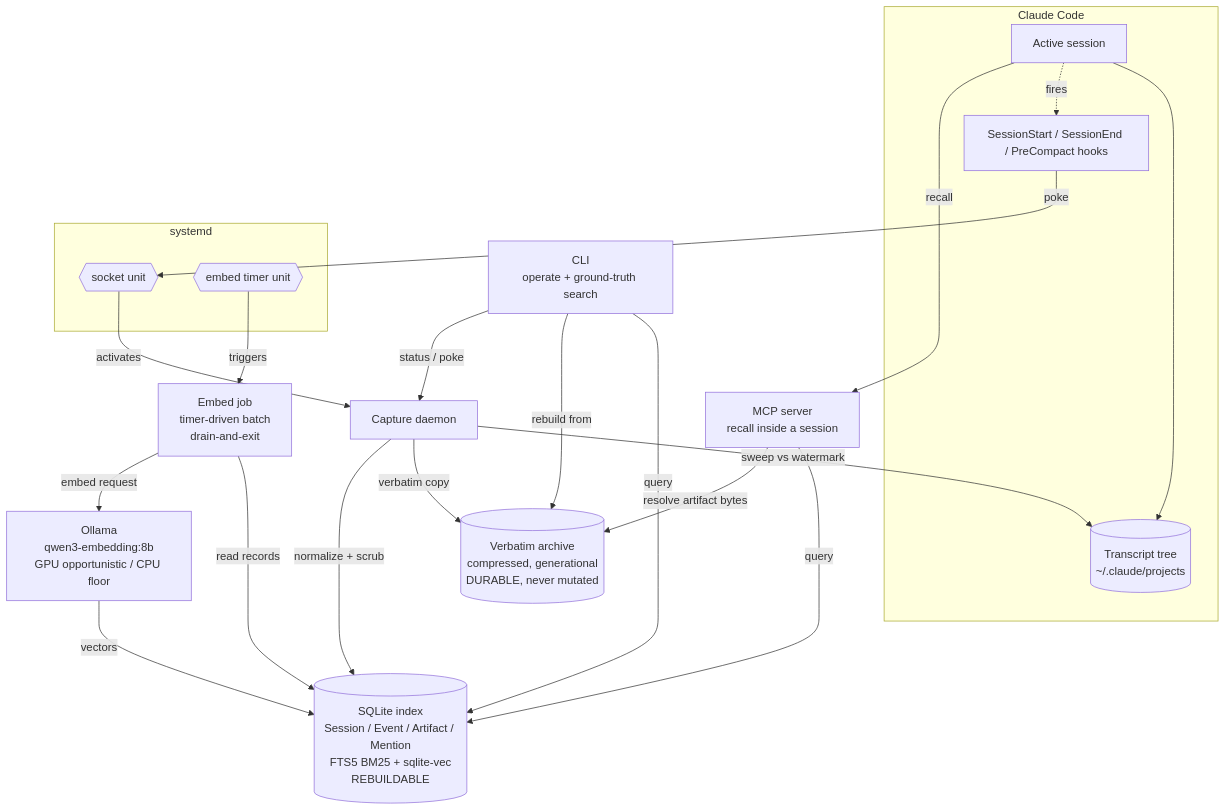
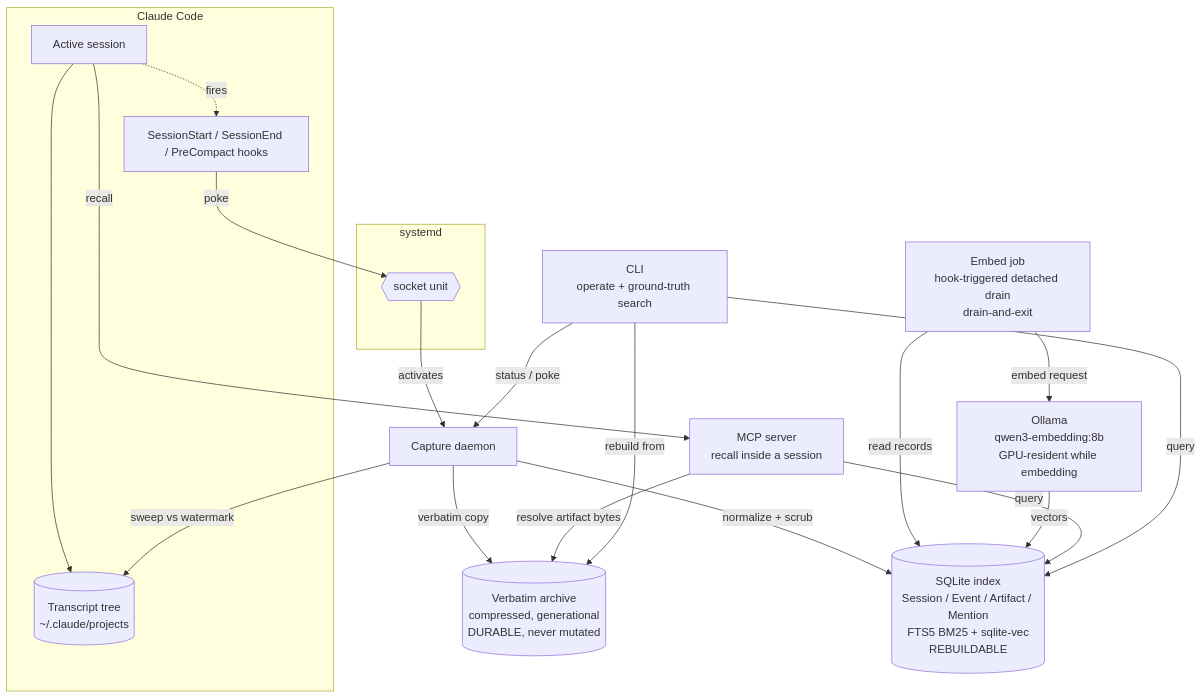
The first of 5 diagrams in docs/diagrams.md (crenshawdev/hindsight), drawn with Mermaid before and after one commit. The commit also changed other lines of this file and 5 other files, not shown here.

First line of the commit message:
docs(5-1): sync embed delivery to hook-triggered always-GPU detached

````diff
--- a/docs/diagrams.md
+++ b/docs/diagrams.md
@@ -14,42 +14,40 @@
 ```mermaid
 flowchart TD
     subgraph cc[Claude Code]
         session[Active session]
         hooks[SessionStart / SessionEnd / PreCompact hooks]
         tree[(Transcript tree\n~/.claude/projects)]
         session --> tree
         session -. fires .-> hooks
     end
 
     subgraph sd[systemd]
         sock{{socket unit}}
-        timer{{embed timer unit}}
     end
 
     daemon[Capture daemon]
-    embed[Embed job\ntimer-driven batch\ndrain-and-exit]
+    embed[Embed job\nhook-triggered detached drain\ndrain-and-exit]
     archive[(Verbatim archive\ncompressed, generational\nDURABLE, never mutated)]
     index[(SQLite index\nSession / Event / Artifact / Mention\nFTS5 BM25 + sqlite-vec\nREBUILDABLE)]
-    ollama[Ollama\nqwen3-embedding:8b\nGPU opportunistic / CPU floor]
+    ollama[Ollama\nqwen3-embedding:8b\nGPU-resident while embedding]
 
     mcp[MCP server\nrecall inside a session]
     cli[CLI\noperate + ground-truth search]
 
     hooks -- poke --> sock
     sock -- activates --> daemon
     daemon -- sweep vs watermark --> tree
     daemon -- verbatim copy --> archive
     daemon -- normalize + scrub --> index
 
-    timer -- triggers --> embed
     embed -- read records --> index
     embed -- embed request --> ollama
     ollama -- vectors --> index
 
     session -- recall --> mcp
     mcp -- query --> index
     mcp -- resolve artifact bytes --> archive
     cli -- query --> index
     cli -- rebuild from --> archive
     cli -- status / poke --> daemon
 ```
````
